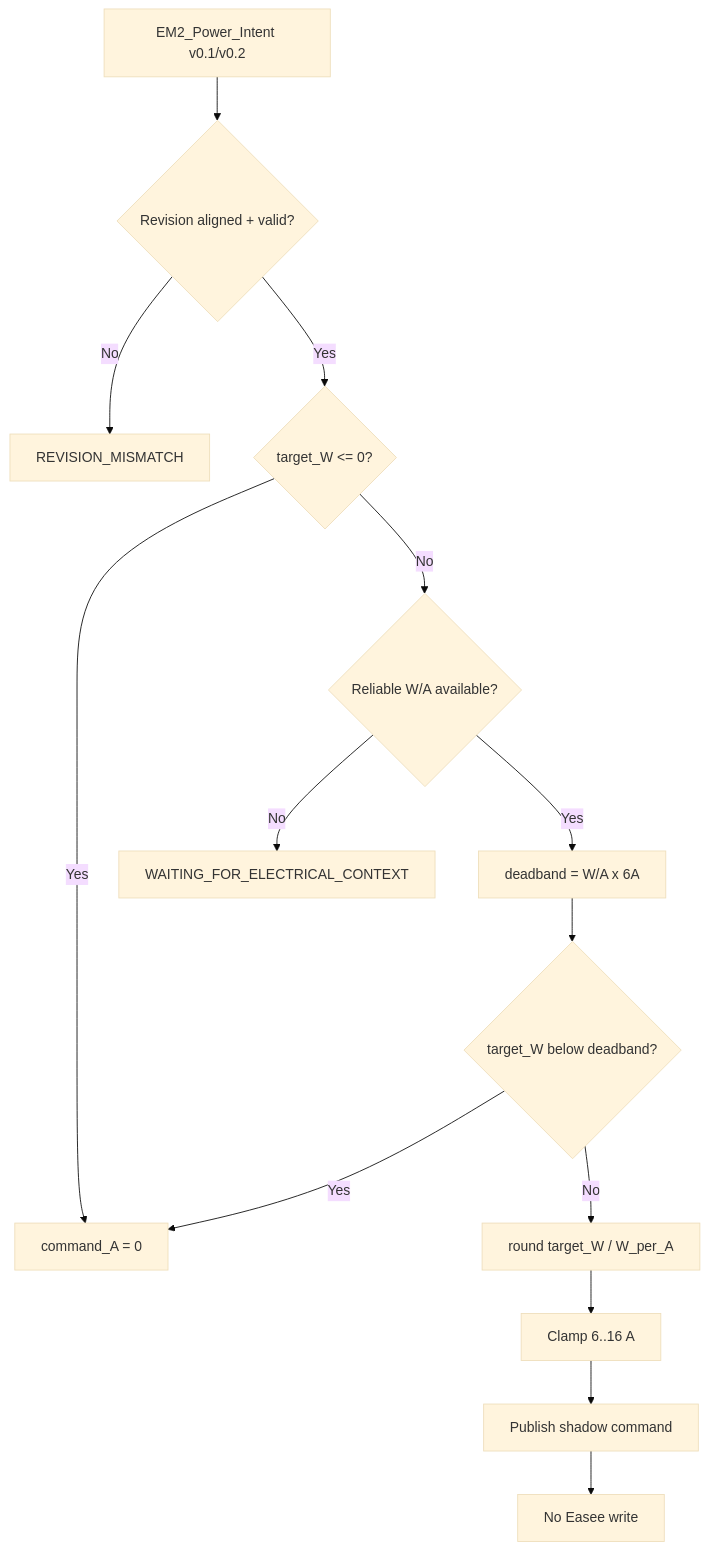
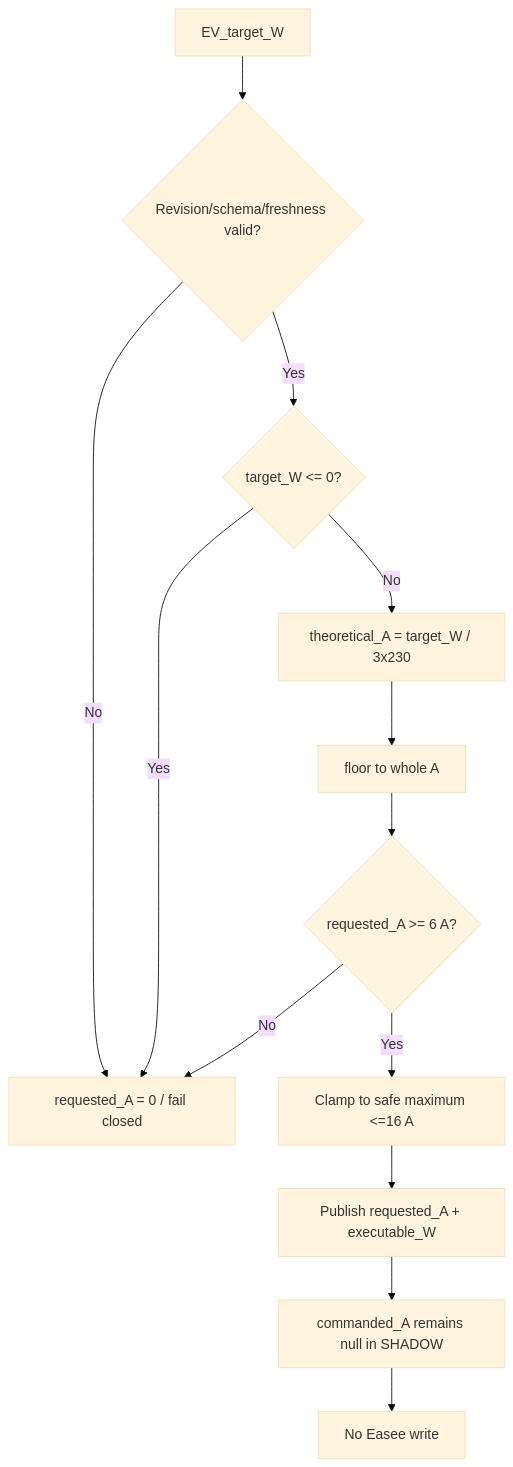
Before and after one commit to OnsKasteeltje/homey-energy-manual: the fifth of 8 diagrams in docs/software-architecture/flows/planner-power-intent-flow.md, drawn with Mermaid (base theme). The commit also changed other lines of this file, not shown here.

Commit message:
docs: add end to end EV and WW adapter flow

````diff
--- a/docs/software-architecture/flows/planner-power-intent-flow.md
+++ b/docs/software-architecture/flows/planner-power-intent-flow.md
@@ -153,16 +194,15 @@
 ```mermaid
 flowchart TD
-    A[EM2_Power_Intent v0.1/v0.2] --> B{Revision aligned + valid?}
-    B -->|No| C[REVISION_MISMATCH]
+    A[EV_target_W] --> B{Revision/schema/freshness valid?}
+    B -->|No| C[requested_A = 0 / fail closed]
     B -->|Yes| D{target_W <= 0?}
-    D -->|Yes| E[command_A = 0]
-    D -->|No| F{Reliable W/A available?}
-    F -->|No| G[WAITING_FOR_ELECTRICAL_CONTEXT]
-    F -->|Yes| H[deadband = W/A x 6A]
-    H --> I{target_W below deadband?}
-    I -->|Yes| E
-    I -->|No| J[round target_W / W_per_A]
-    J --> K[Clamp 6..16 A]
-    K --> L[Publish shadow command]
-    L --> M[No Easee write]
+    D -->|Yes| C
+    D -->|No| E[theoretical_A = target_W / 3x230]
+    E --> F[floor to whole A]
+    F --> G{requested_A >= 6 A?}
+    G -->|No| C
+    G -->|Yes| H[Clamp to safe maximum <=16 A]
+    H --> I[Publish requested_A + executable_W]
+    I --> J[commanded_A remains null in SHADOW]
+    J --> K[No Easee write]
 ```
````
